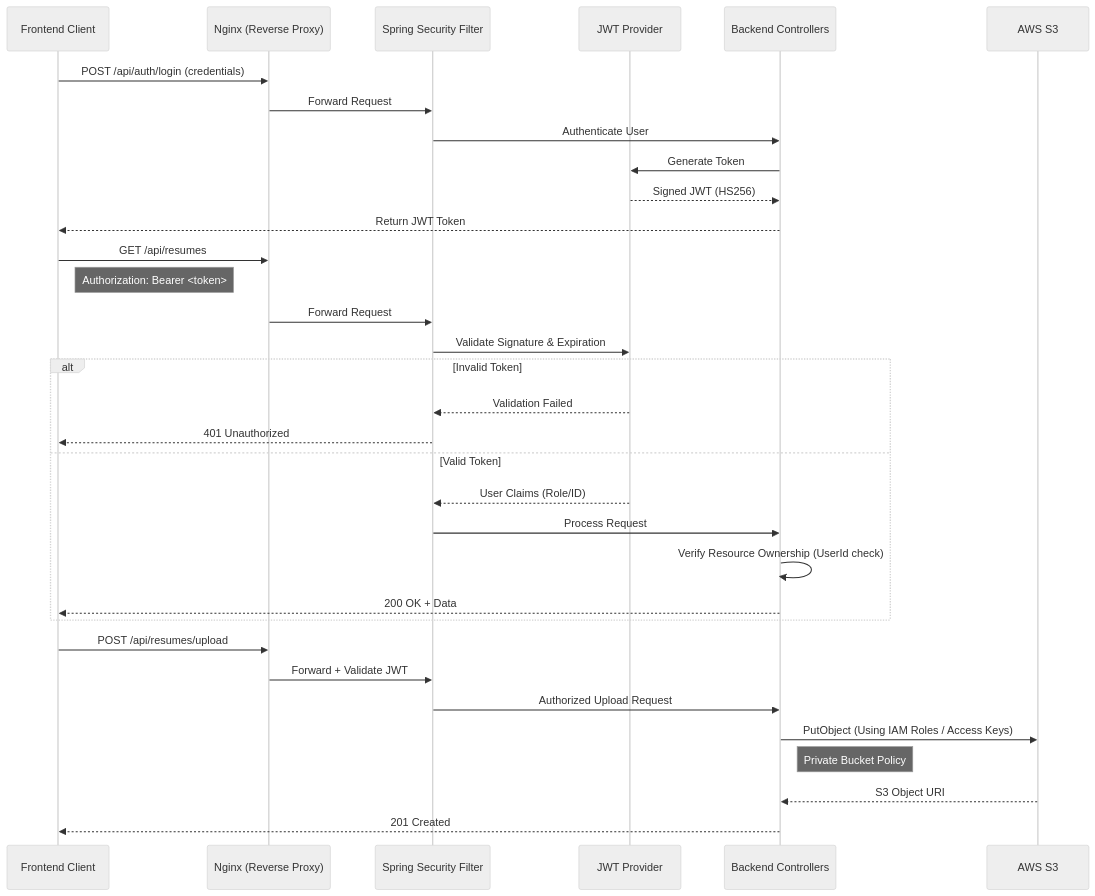
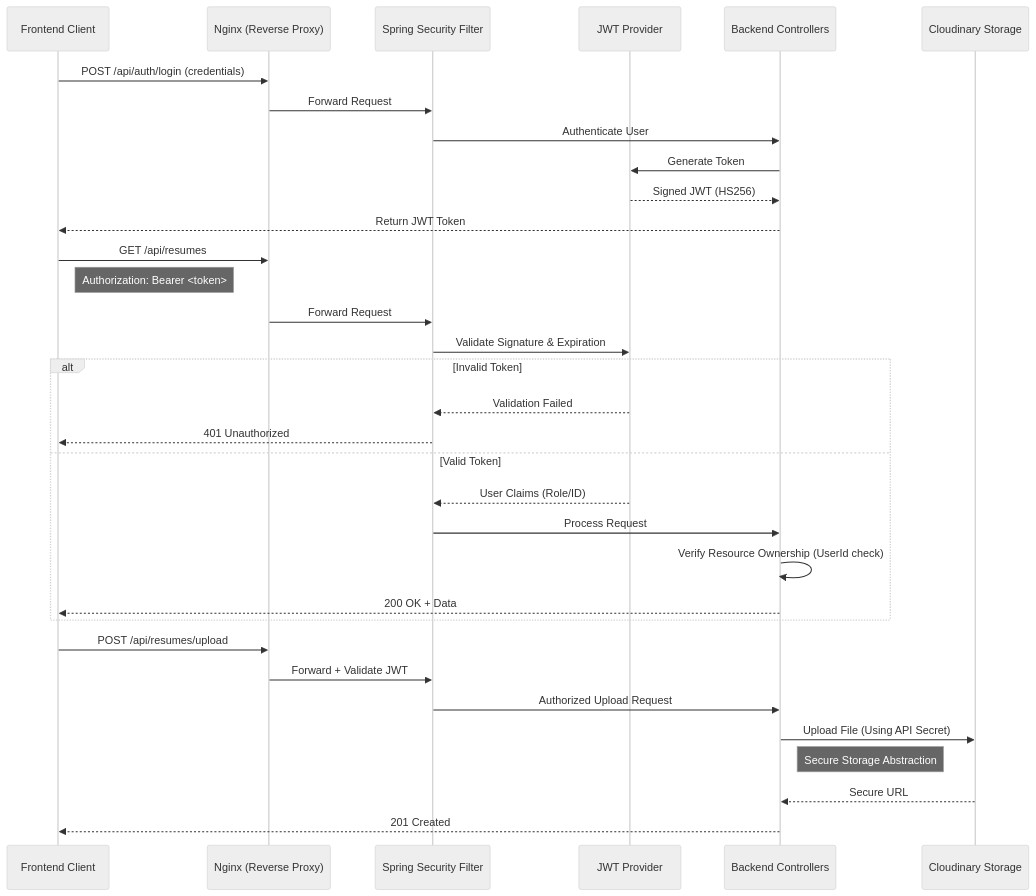
The diagram in docs/architecture/security-architecture.mermaid (purvathota/resume-analysis-and-optimisation-engine), drawn with Mermaid (neutral theme) before and after one commit. The commit also changed 54 other files, not shown here.

```diff
--- a/docs/architecture/security-architecture.mermaid
+++ b/docs/architecture/security-architecture.mermaid
@@ -1,39 +1,39 @@
 sequenceDiagram
     participant Client as Frontend Client
     participant Nginx as Nginx (Reverse Proxy)
     participant Auth as Spring Security Filter
     participant JWT as JWT Provider
     participant API as Backend Controllers
-    participant S3 as AWS S3
+    participant Cloud as Cloudinary Storage
 
     %% Authentication Flow
     Client->>Nginx: POST /api/auth/login (credentials)
     Nginx->>Auth: Forward Request
     Auth->>API: Authenticate User
     API->>JWT: Generate Token
     JWT-->>API: Signed JWT (HS256)
     API-->>Client: Return JWT Token
 
     %% Authorization Flow
     Client->>Nginx: GET /api/resumes
     Note right of Client: Authorization: Bearer <token>
     Nginx->>Auth: Forward Request
     Auth->>JWT: Validate Signature & Expiration
     alt Invalid Token
         JWT-->>Auth: Validation Failed
         Auth-->>Client: 401 Unauthorized
     else Valid Token
         JWT-->>Auth: User Claims (Role/ID)
         Auth->>API: Process Request
         API->>API: Verify Resource Ownership (UserId check)
         API-->>Client: 200 OK + Data
     end
 
-    %% Secure S3 Access
+    %% Secure Cloud Storage Access
     Client->>Nginx: POST /api/resumes/upload
     Nginx->>Auth: Forward + Validate JWT
     Auth->>API: Authorized Upload Request
-    API->>S3: PutObject (Using IAM Roles / Access Keys)
-    Note right of API: Private Bucket Policy
-    S3-->>API: S3 Object URI
+    API->>Cloud: Upload File (Using API Secret)
+    Note right of API: Secure Storage Abstraction
+    Cloud-->>API: Secure URL
     API-->>Client: 201 Created
```
